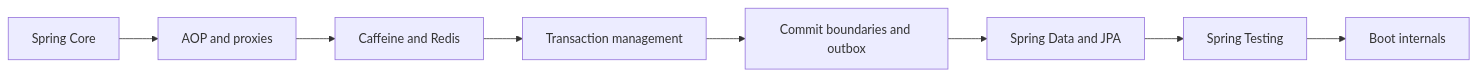
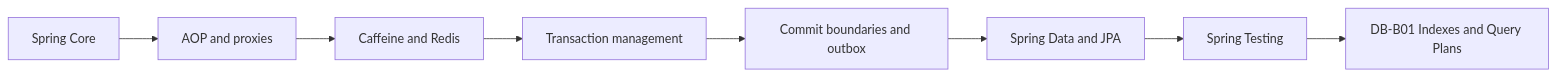
Before and after one commit to alimbetov/obsidian: the diagram in 01_MAPS/Spring Map.md, drawn with Mermaid. The commit also changed other lines of this file, not shown here.

````diff
--- a/01_MAPS/Spring Map.md
+++ b/01_MAPS/Spring Map.md
@@ -22,10 +42,10 @@
 ```mermaid
 flowchart LR
     CORE[Spring Core] --> AOP[AOP and proxies]
     AOP --> CACHE[Caffeine and Redis]
     CACHE --> TX[Transaction management]
     TX --> OUTBOX[Commit boundaries and outbox]
     OUTBOX --> DATA[Spring Data and JPA]
     DATA --> TEST[Spring Testing]
-    TEST --> BOOT[Boot internals]
+    TEST --> DB[DB-B01 Indexes and Query Plans]
 ```
````
